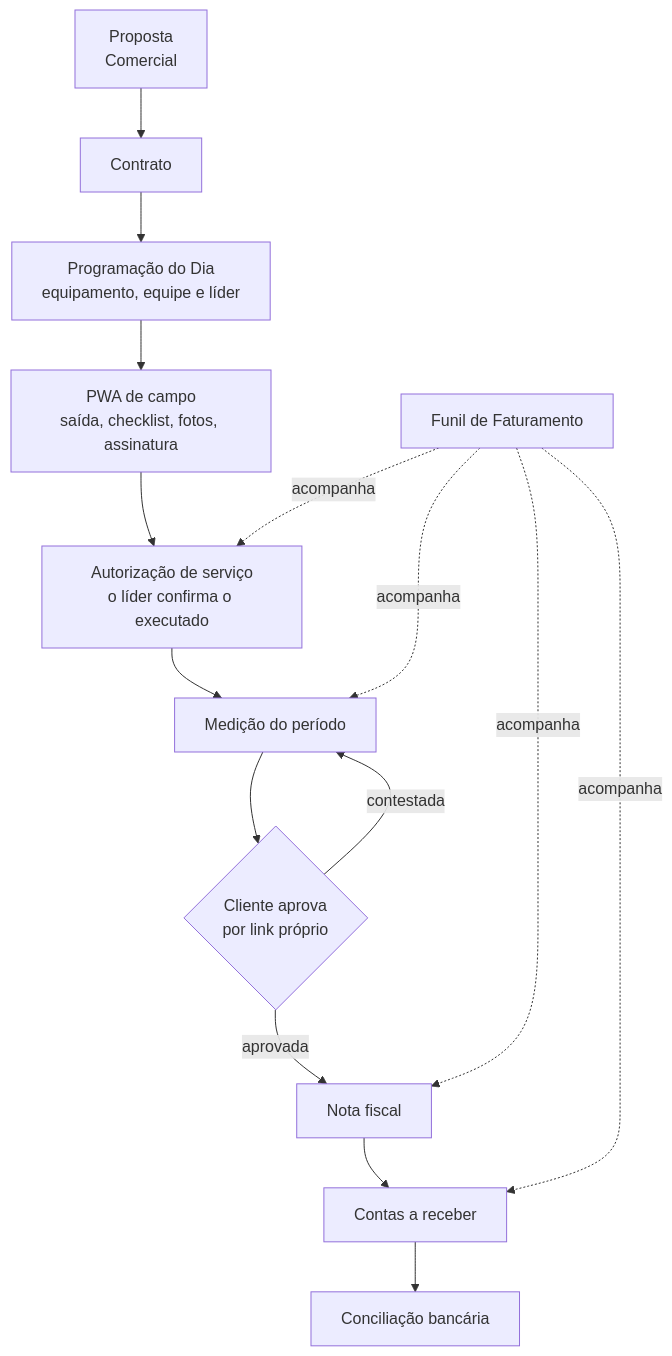
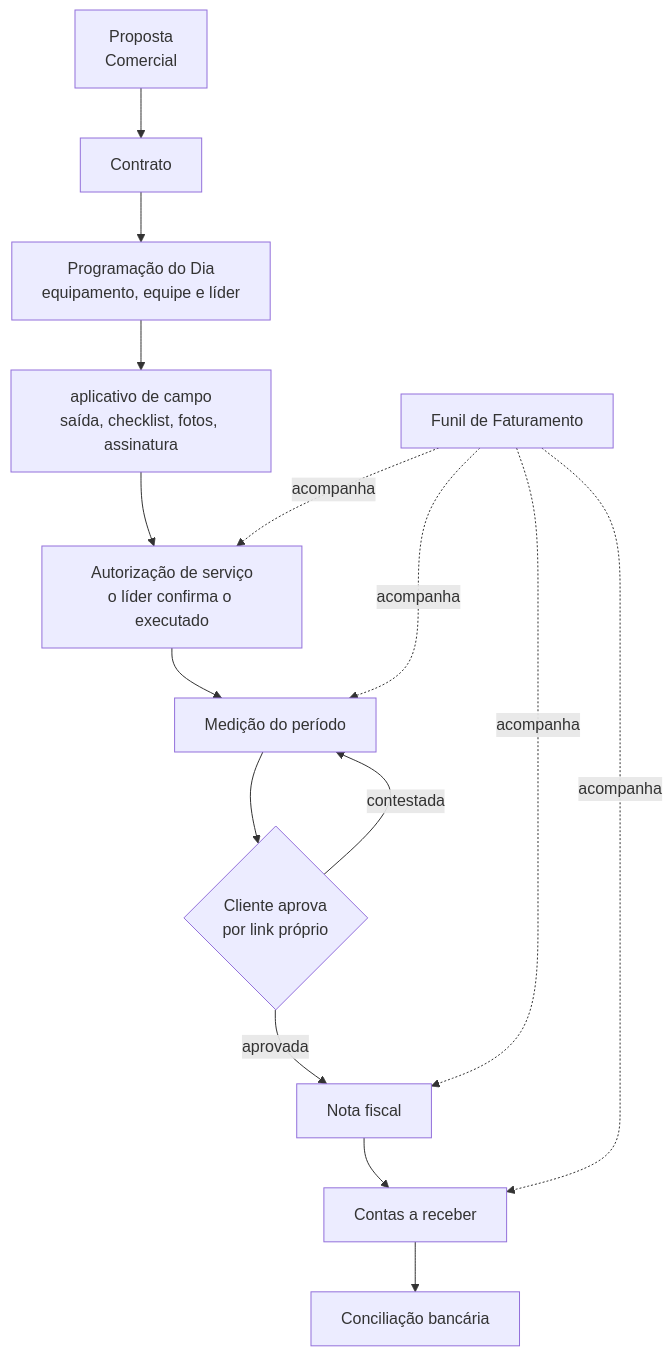
The diagram in docs/index.mdx (devjotaduo/movimentar-erp-docs), drawn with Mermaid before and after one commit. The commit also changed other lines of this file and 2 other files, not shown here.

Commit message:
docs: modulos detalhados um a um, em linguagem de negocio
Cada modulo com o que faz e para que serve, sem termo tecnico — os textos
vieram das proprias telas do sistema. PWA vira 'aplicativo de campo' em todas
as paginas.

````diff
--- a/docs/index.mdx
+++ b/docs/index.mdx
@@ -35,17 +35,17 @@
 ```mermaid
 graph TD
     A["Proposta<br/>Comercial"] --> B["Contrato"]
     B --> C["Programação do Dia<br/>equipamento, equipe e líder"]
-    C --> D["PWA de campo<br/>saída, checklist, fotos, assinatura"]
+    C --> D["aplicativo de campo<br/>saída, checklist, fotos, assinatura"]
     D --> E["Autorização de serviço<br/>o líder confirma o executado"]
     E --> F["Medição do período"]
     F --> G{"Cliente aprova<br/>por link próprio"}
     G -->|aprovada| H["Nota fiscal"]
     G -->|contestada| F
     H --> I["Contas a receber"]
     I --> J["Conciliação bancária"]
     K["Funil de Faturamento"] -.acompanha.-> E
     K -.acompanha.-> F
     K -.acompanha.-> H
     K -.acompanha.-> I
 ```
````
